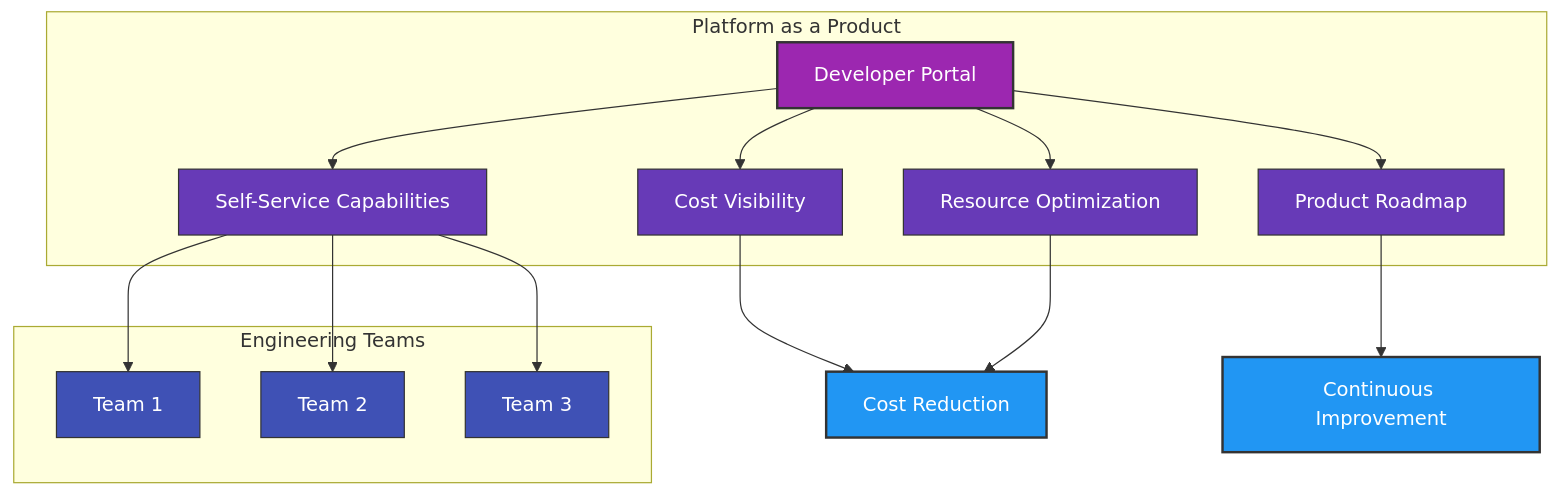
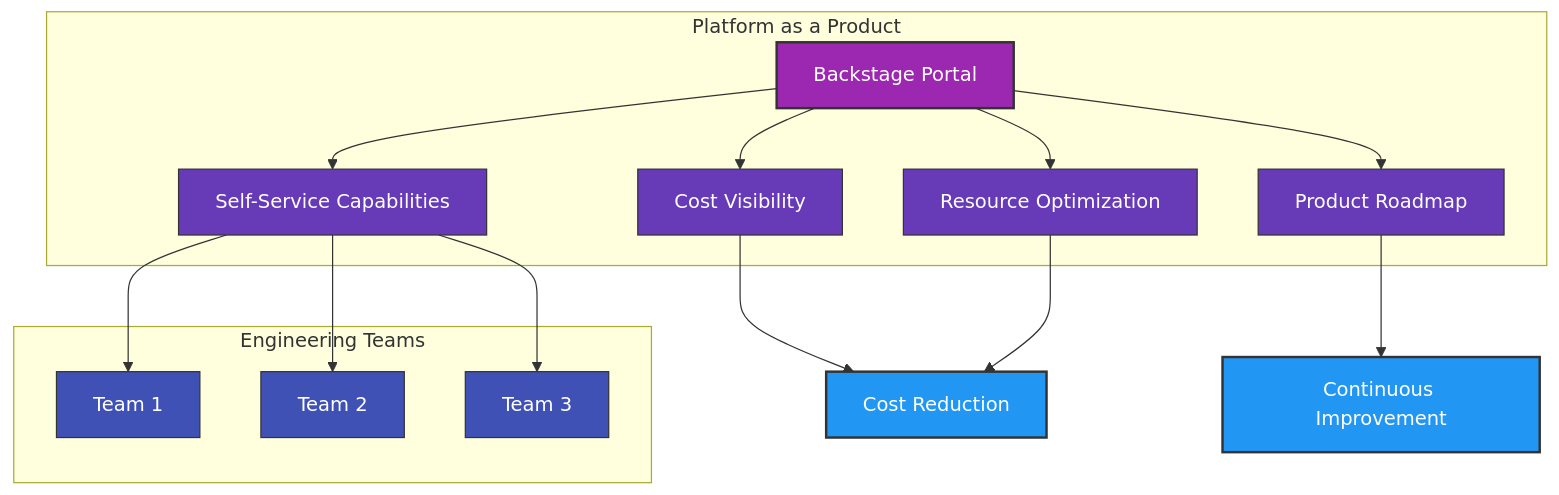
The second of 5 diagrams in notes.md (mrCDray/my-testing-repo), drawn with Mermaid before and after one commit. The commit also changed other lines of this file, not shown here.

````diff
--- a/notes.md
+++ b/notes.md
@@ -62,35 +69,35 @@
 ```mermaid
 graph TD
     subgraph "Platform as a Product"
-        A[Developer Portal] --> B[Self-Service Capabilities]
+        A[Backstage Portal] --> B[Self-Service Capabilities]
         A --> C[Cost Visibility]
         A --> D[Resource Optimization]
         A --> E[Product Roadmap]
     end
     
     subgraph "Engineering Teams"
         F[Team 1]
         G[Team 2]
         H[Team 3]
     end
     
     B --> F
     B --> G
     B --> H
     
     C --> I[Cost Reduction]
     D --> I
     
     E --> J[Continuous Improvement]
     
     style A fill:#9C27B0,stroke:#333,stroke-width:2px,color:white
     style B fill:#673AB7,stroke:#333,stroke-width:1px,color:white
     style C fill:#673AB7,stroke:#333,stroke-width:1px,color:white
     style D fill:#673AB7,stroke:#333,stroke-width:1px,color:white
     style E fill:#673AB7,stroke:#333,stroke-width:1px,color:white
     style F fill:#3F51B5,stroke:#333,stroke-width:1px,color:white
     style G fill:#3F51B5,stroke:#333,stroke-width:1px,color:white
     style H fill:#3F51B5,stroke:#333,stroke-width:1px,color:white
     style I fill:#2196F3,stroke:#333,stroke-width:2px,color:white
     style J fill:#2196F3,stroke:#333,stroke-width:2px,color:white
 ```
````
